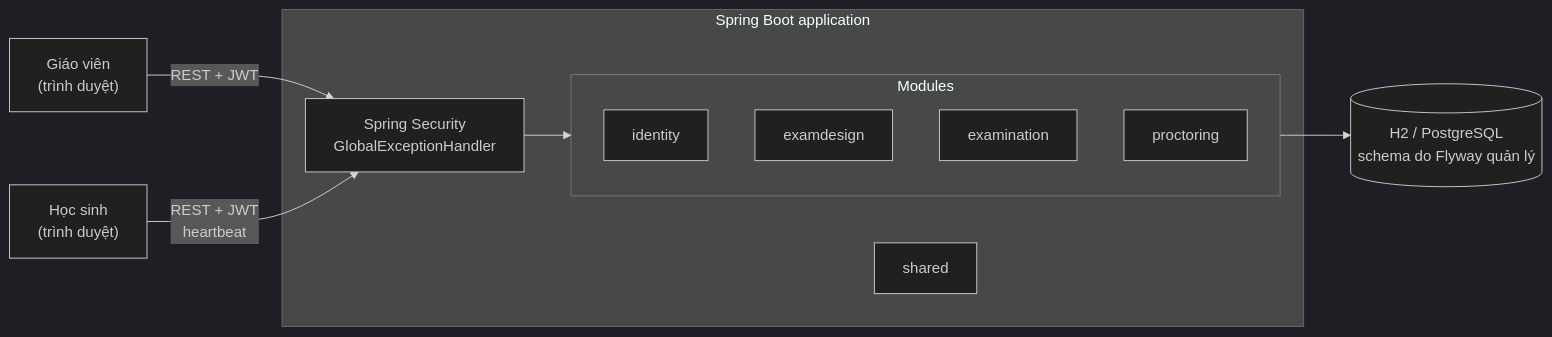
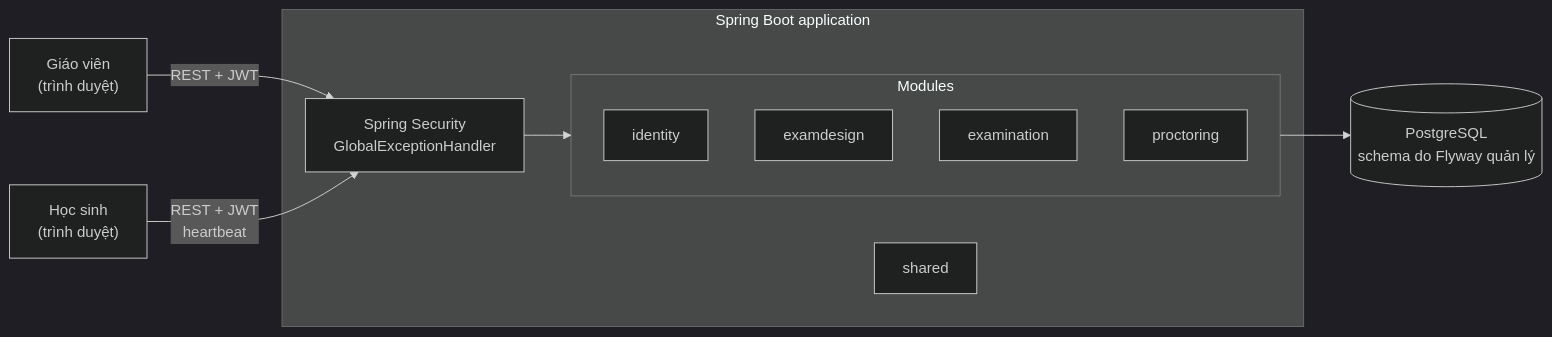
Before and after one commit to zindo511/Exam-Practice: the first of 3 diagrams in README.md, drawn with Mermaid (dark theme). The commit also changed other lines of this file and 7 other files, not shown here.

First line of the commit message:
Chuyển sang chỉ dùng PostgreSQL, test bằng Testcontainers

````diff
--- a/README.md
+++ b/README.md
@@ -168,18 +176,18 @@
 ```mermaid
 flowchart LR
     T["Giáo viên<br/>(trình duyệt)"] -->|"REST + JWT"| SEC
     S["Học sinh<br/>(trình duyệt)"] -->|"REST + JWT<br/>heartbeat"| SEC
 
     subgraph APP["Spring Boot application"]
         SEC["Spring Security<br/>GlobalExceptionHandler"] --> MODS
         subgraph MODS["Modules"]
             ID["identity"]
             ED["examdesign"]
             EX["examination"]
             PR["proctoring"]
         end
         SH["shared"]
     end
 
-    MODS --> DB[("H2 / PostgreSQL<br/>schema do Flyway quản lý")]
+    MODS --> DB[("PostgreSQL<br/>schema do Flyway quản lý")]
 ```
````
